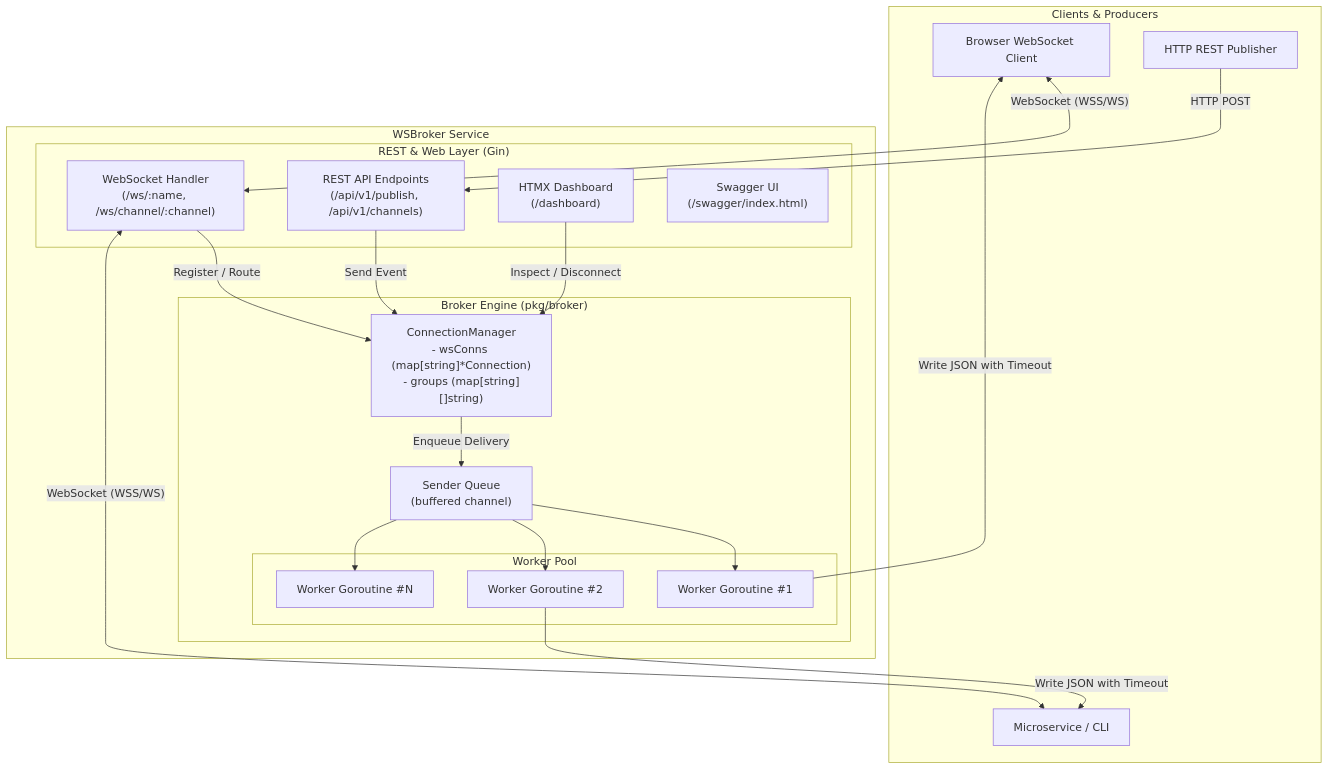
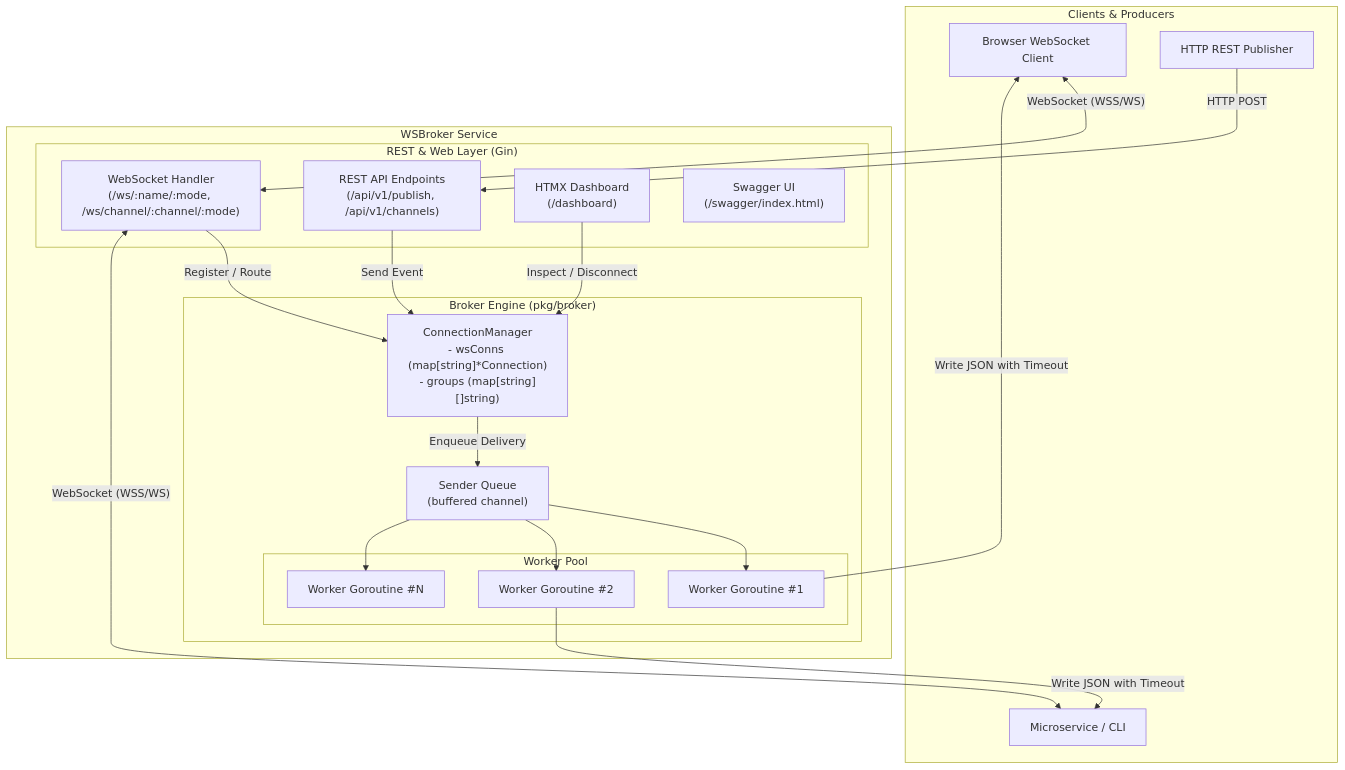
One commit to je4/wsbroker changed the first of 4 diagrams in README.md. Above: the diagram before and after it, drawn with Mermaid. The commit also changed other lines of this file and 14 other files, not shown here.

First line of the commit message:
**Add support for WebSocket connection modes and enhanced dashboard authentication**

````diff
--- a/README.md
+++ b/README.md
@@ -61,44 +61,44 @@
 ```mermaid
 graph TB
     subgraph Clients["Clients & Producers"]
         Browser["Browser WebSocket Client"]
         Service["Microservice / CLI"]
         RESTProd["HTTP REST Publisher"]
     end
 
     subgraph WSBroker["WSBroker Service"]
         subgraph REST["REST & Web Layer (Gin)"]
-            WSHandler["WebSocket Handler\n(/ws/:name, /ws/channel/:channel)"]
+            WSHandler["WebSocket Handler\n(/ws/:name/:mode, /ws/channel/:channel/:mode)"]
             RESTHandler["REST API Endpoints\n(/api/v1/publish, /api/v1/channels)"]
             DashHandler["HTMX Dashboard\n(/dashboard)"]
             Swagger["Swagger UI\n(/swagger/index.html)"]
         end
 
         subgraph Broker["Broker Engine (pkg/broker)"]
             ConnMgr["ConnectionManager\n- wsConns (map[string]*Connection)\n- groups (map[string][]string)"]
             JobQueue["Sender Queue\n(buffered channel)"]
             
             subgraph WorkerPool["Worker Pool"]
                 W1["Worker Goroutine #1"]
                 W2["Worker Goroutine #2"]
                 WN["Worker Goroutine #N"]
             end
         end
     end
 
     Browser <-- "WebSocket (WSS/WS)" --> WSHandler
     Service <-- "WebSocket (WSS/WS)" --> WSHandler
     RESTProd -->|HTTP POST| RESTHandler
 
     WSHandler -->|Register / Route| ConnMgr
     RESTHandler -->|Send Event| ConnMgr
     DashHandler -->|Inspect / Disconnect| ConnMgr
 
     ConnMgr -->|Enqueue Delivery| JobQueue
     JobQueue --> W1
     JobQueue --> W2
     JobQueue --> WN
 
     W1 -->|Write JSON with Timeout| Browser
     W2 -->|Write JSON with Timeout| Service
 ```
````
